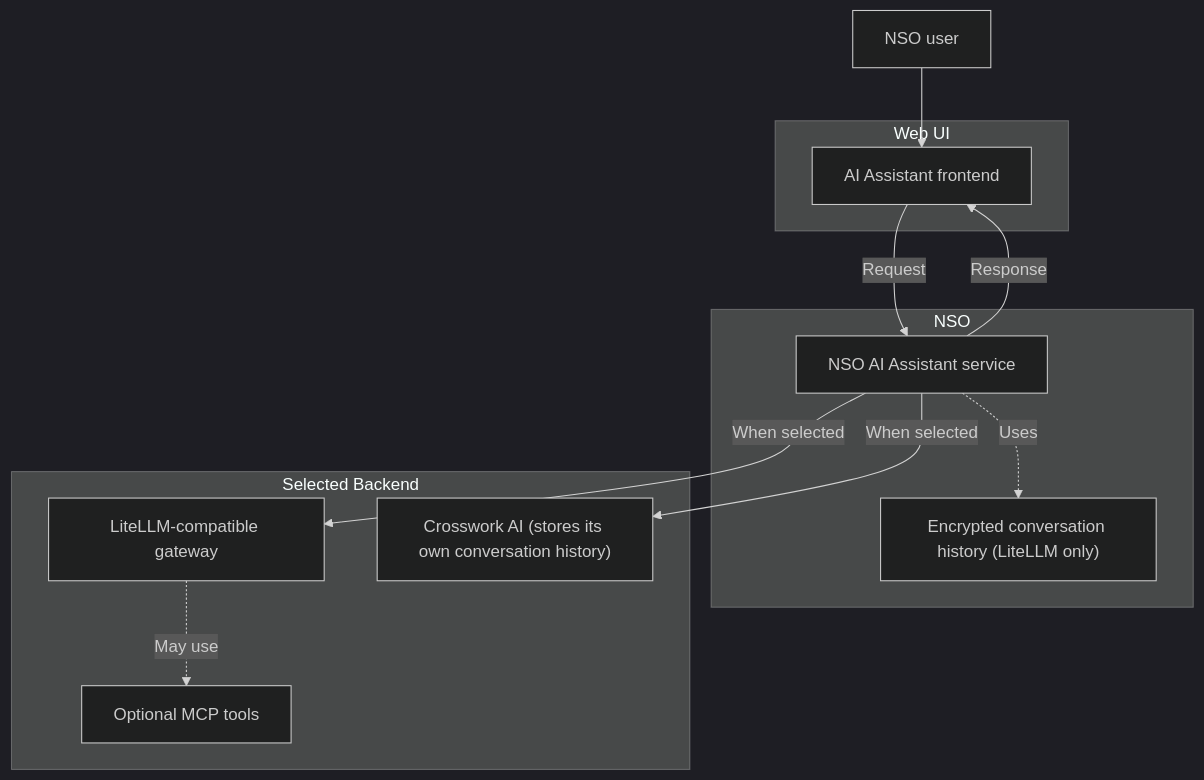
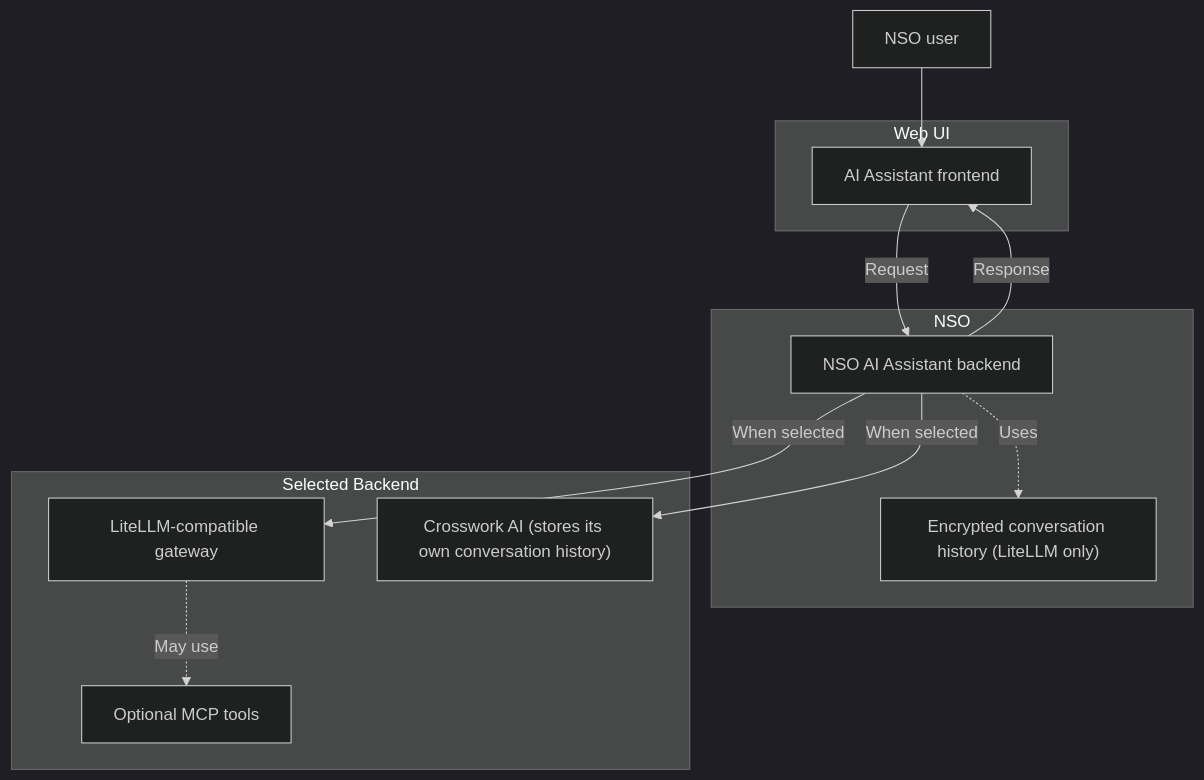
Before and after one commit to NSO-developer/nso-gitbook: the diagram in administration/management/web-ui-ai-assistant.md, drawn with Mermaid (dark theme).

Commit message:
Clarify AI Assistant diagram terminology

````diff
--- a/administration/management/web-ui-ai-assistant.md
+++ b/administration/management/web-ui-ai-assistant.md
@@ -37,27 +37,27 @@
 ```mermaid
 flowchart TB
     User["NSO user"]
 
     subgraph WebUI["Web UI"]
         Frontend["AI Assistant frontend"]
     end
 
     subgraph NSO["NSO"]
-        Service["NSO AI Assistant service"]
+        Service["NSO AI Assistant backend"]
         History["Encrypted conversation history (LiteLLM only)"]
     end
 
     subgraph Backend["Selected Backend"]
         LiteLLM["LiteLLM-compatible gateway"]
         Crosswork["Crosswork AI (stores its own conversation history)"]
         MCP["Optional MCP tools"]
     end
 
     User --> Frontend
     Frontend -->|"Request"| Service
     Service -->|"Response"| Frontend
     Service -.->|"Uses"| History
     Service -->|"When selected"| LiteLLM
     Service -->|"When selected"| Crosswork
     LiteLLM -.->|"May use"| MCP
 ```
````
